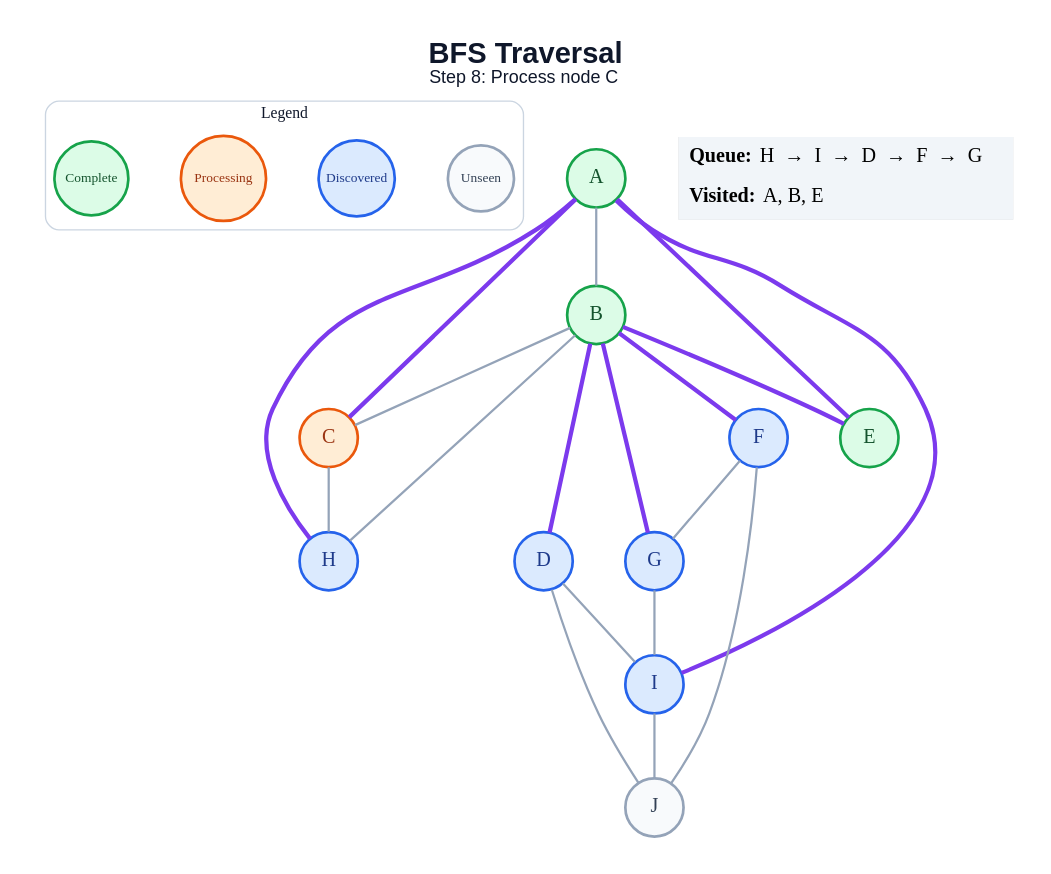
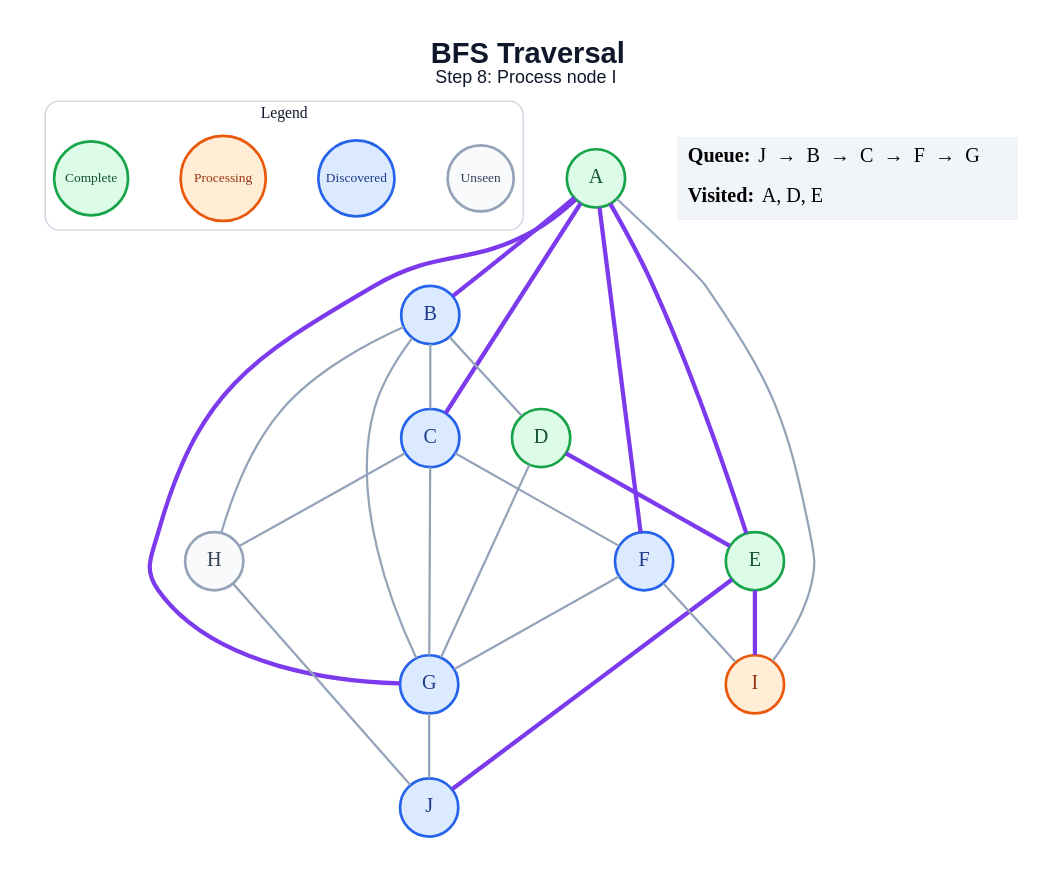
One commit to amanghodawala9/ai-slop changed the diagram in generated/specific-node/bfs/step_08.dot. Above: the diagram before and after it, drawn with Graphviz. The commit also changed 178 other files, not shown here.

```diff
--- a/generated/specific-node/bfs/step_08.dot
+++ b/generated/specific-node/bfs/step_08.dot
@@ -1,47 +1,50 @@
 graph traversal {
   graph [layout=dot, rankdir=TB, bgcolor="#FFFFFF", pad="0.35", nodesep="0.65", ranksep="0.8", fontname="Arial"];
   node [shape=circle, style="filled", fontname="Arial Bold", fontsize=18, width=0.72, fixedsize=true, penwidth=2.4];
   edge [color="#94A3B8", penwidth=2.0];
-  label=<<B>BFS Traversal</B><BR/><FONT POINT-SIZE="16">Step 8: Process node C</FONT>>; labelloc="t"; fontsize=26; fontname="Arial"; fontcolor="#0F172A";
+  label=<<B>BFS Traversal</B><BR/><FONT POINT-SIZE="16">Step 8: Process node I</FONT>>; labelloc="t"; fontsize=26; fontname="Arial"; fontcolor="#0F172A";
   subgraph cluster_legend { label="Legend"; color="#CBD5E1"; penwidth=1.2; style="rounded"; fontsize=14; fontname="Arial Bold";
     key_unseen [label="Unseen", fillcolor="#F8FAFC", color="#94A3B8", fontcolor="#334155", fontsize=12, width=0.82];
     key_frontier [label="Discovered", fillcolor="#DBEAFE", color="#2563EB", fontcolor="#1E3A8A", fontsize=12, width=0.95];
     key_current [label="Processing", fillcolor="#FFEDD5", color="#EA580C", fontcolor="#9A3412", fontsize=12, width=1.05];
     key_done [label="Complete", fillcolor="#DCFCE7", color="#16A34A", fontcolor="#14532D", fontsize=12, width=0.92];
     { rank=same; key_unseen; key_frontier; key_current; key_done; }
   }
   A [fillcolor="#DCFCE7", color="#16A34A", fontcolor="#14532D"];
-  B [fillcolor="#DCFCE7", color="#16A34A", fontcolor="#14532D"];
-  C [fillcolor="#FFEDD5", color="#EA580C", fontcolor="#9A3412"];
-  D [fillcolor="#DBEAFE", color="#2563EB", fontcolor="#1E3A8A"];
+  B [fillcolor="#DBEAFE", color="#2563EB", fontcolor="#1E3A8A"];
+  C [fillcolor="#DBEAFE", color="#2563EB", fontcolor="#1E3A8A"];
+  D [fillcolor="#DCFCE7", color="#16A34A", fontcolor="#14532D"];
   E [fillcolor="#DCFCE7", color="#16A34A", fontcolor="#14532D"];
   F [fillcolor="#DBEAFE", color="#2563EB", fontcolor="#1E3A8A"];
   G [fillcolor="#DBEAFE", color="#2563EB", fontcolor="#1E3A8A"];
-  H [fillcolor="#DBEAFE", color="#2563EB", fontcolor="#1E3A8A"];
-  I [fillcolor="#DBEAFE", color="#2563EB", fontcolor="#1E3A8A"];
-  J [fillcolor="#F8FAFC", color="#94A3B8", fontcolor="#334155"];
-  A -- B;
+  H [fillcolor="#F8FAFC", color="#94A3B8", fontcolor="#334155"];
+  I [fillcolor="#FFEDD5", color="#EA580C", fontcolor="#9A3412"];
+  J [fillcolor="#DBEAFE", color="#2563EB", fontcolor="#1E3A8A"];
+  A -- B [color="#7C3AED", penwidth=3.8];
   A -- C [color="#7C3AED", penwidth=3.8];
   A -- E [color="#7C3AED", penwidth=3.8];
-  A -- H [color="#7C3AED", penwidth=3.8];
-  A -- I [color="#7C3AED", penwidth=3.8];
+  A -- F [color="#7C3AED", penwidth=3.8];
+  A -- G [color="#7C3AED", penwidth=3.8];
+  A -- I;
   B -- C;
-  B -- D [color="#7C3AED", penwidth=3.8];
-  B -- E [color="#7C3AED", penwidth=3.8];
-  B -- F [color="#7C3AED", penwidth=3.8];
-  B -- G [color="#7C3AED", penwidth=3.8];
+  B -- D;
+  B -- G;
   B -- H;
+  C -- F;
+  C -- G;
   C -- H;
-  D -- I;
-  D -- J;
+  D -- E [color="#7C3AED", penwidth=3.8];
+  D -- G;
+  E -- I [color="#7C3AED", penwidth=3.8];
+  E -- J [color="#7C3AED", penwidth=3.8];
   F -- G;
-  F -- J;
-  G -- I;
-  I -- J;
+  F -- I;
+  G -- J;
+  H -- J;
   status [shape=plain, fixedsize=false, width=0, height=0, margin=0, label=<
     <TABLE BORDER="0" CELLBORDER="0" CELLPADDING="7" BGCOLOR="#F1F5F9">
-      <TR><TD ALIGN="LEFT"><B>Queue:</B> H  →  I  →  D  →  F  →  G</TD></TR>
-      <TR><TD ALIGN="LEFT"><B>Visited:</B> A, B, E</TD></TR>
+      <TR><TD ALIGN="LEFT"><B>Queue:</B> J  →  B  →  C  →  F  →  G</TD></TR>
+      <TR><TD ALIGN="LEFT"><B>Visited:</B> A, D, E</TD></TR>
     </TABLE>
   >];
 }
```
